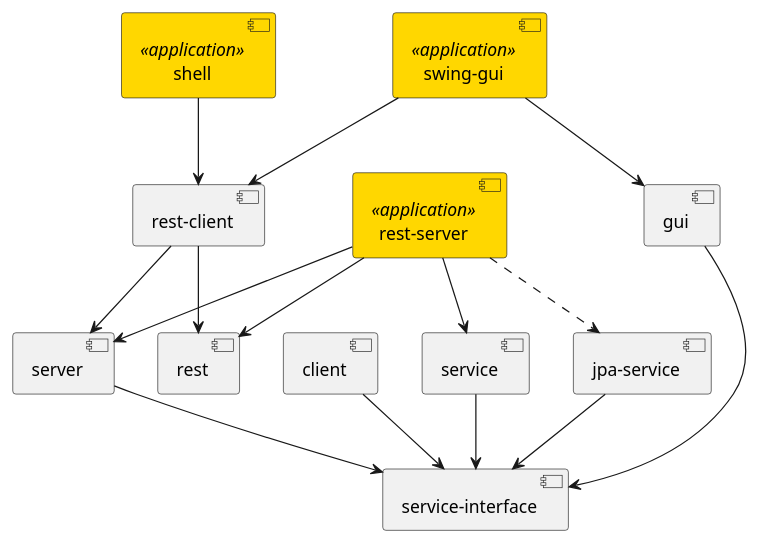
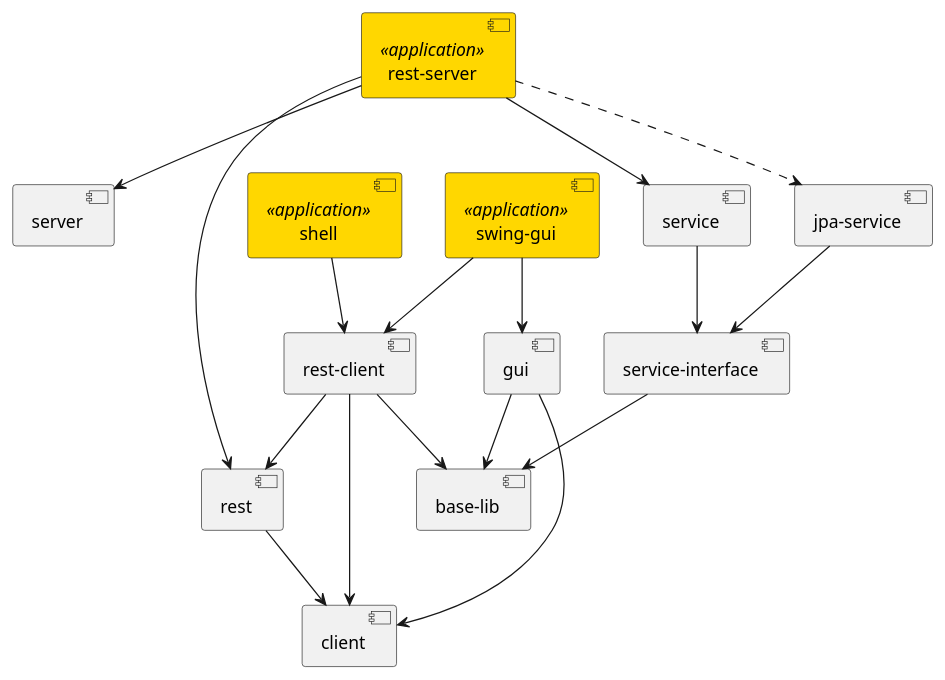
One commit to greifentor/carp-bm changed the diagram in docs/architecture/module-diagram.plantuml. Above: the diagram before and after it, drawn with PlantUML. The commit also changed 111 other files, not shown here.

```diff
--- a/docs/architecture/module-diagram.plantuml
+++ b/docs/architecture/module-diagram.plantuml
@@ -1,41 +1,44 @@
 @startuml
 
 '!theme mono
 'COMMENT - skinparam linetype ortho
 
+component baselib as "base-lib"
 component client
 component gui
 component jpaservice as "jpa-service"
 component rest
 component restclient as "rest-client"
 component restserver << application >> as "rest-server" #gold
 component server
 component service
 component serviceinterface as "service-interface"
 component shell << application >> #gold
 component swing << application >> as "swing-gui" #gold
 
-client --> serviceinterface
-
-gui --> serviceinterface
+gui --> baselib
+gui --> client
 
 jpaservice --> serviceinterface
 
+rest --> client
+
+restclient --> baselib
+restclient --> client
 restclient --> rest
-restclient --> server
 
 restserver ..> jpaservice
 restserver --> rest
 restserver --> server
 restserver --> service
 
-server --> serviceinterface
+service --> serviceinterface
 
-service --> serviceinterface
+serviceinterface --> baselib
 
 shell --> restclient
 
 swing --> restclient
 swing --> gui
 
 @enduml
```
